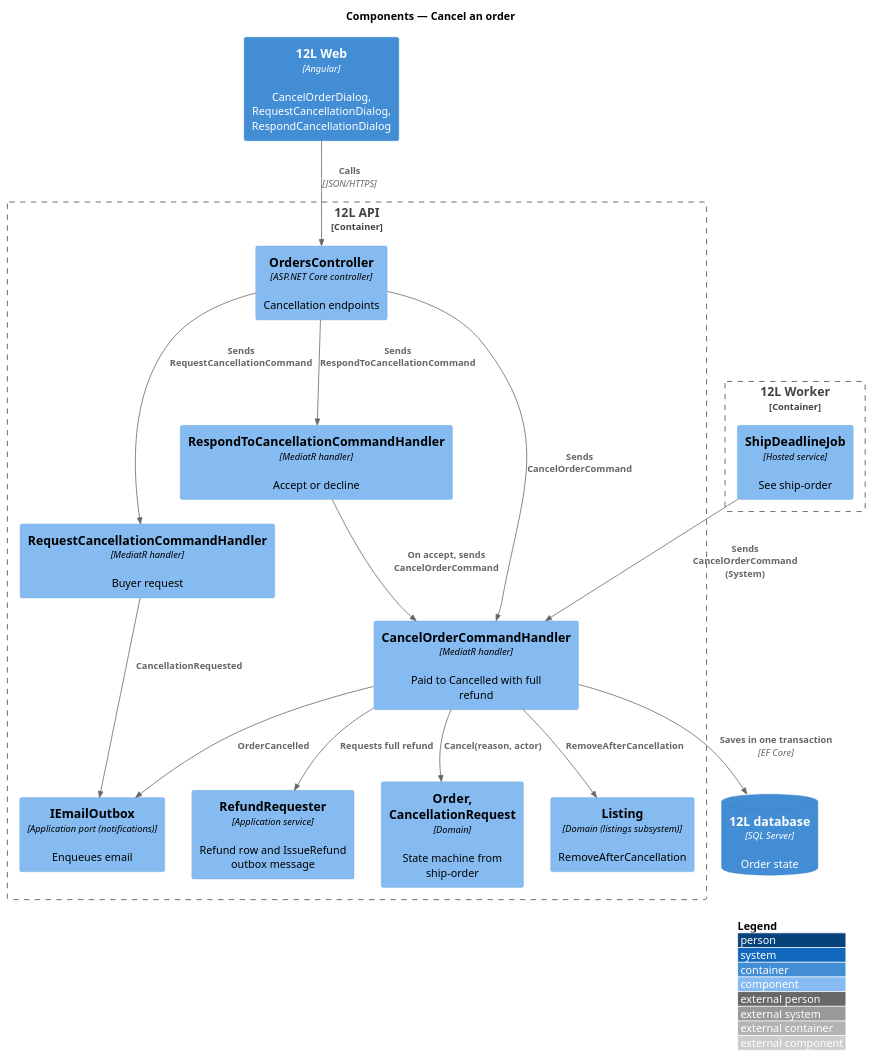
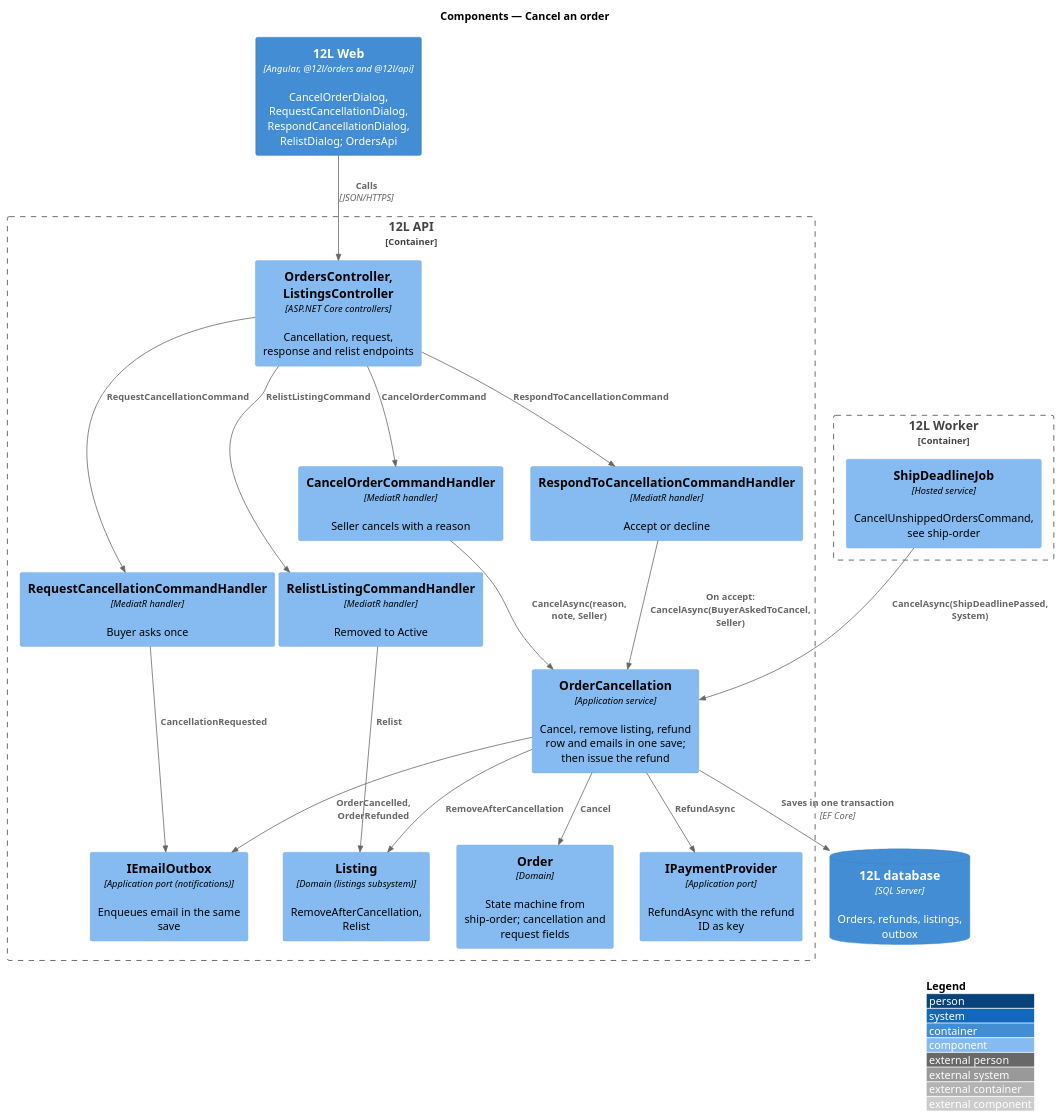
One commit to QuinntyneBrown/12l changed the diagram in docs/detailed-designs/orders/cancel-order/diagrams/c4-component.puml. Above: the diagram before and after it, drawn with PlantUML. The commit also changed 85 other files, not shown here.

Commit message:
Document cancel-order: design, ADR orders/0006, design system, composition, mocks, L2-035, estimates

```diff
--- a/docs/detailed-designs/orders/cancel-order/diagrams/c4-component.puml
+++ b/docs/detailed-designs/orders/cancel-order/diagrams/c4-component.puml
@@ -1,33 +1,38 @@
 @startuml
 !include <C4/C4_Component>
 LAYOUT_WITH_LEGEND()
 title Components — Cancel an order
 
-Container(web, "12L Web", "Angular", "CancelOrderDialog, RequestCancellationDialog, RespondCancellationDialog")
+Container(web, "12L Web", "Angular, @12l/orders and @12l/api", "CancelOrderDialog, RequestCancellationDialog, RespondCancellationDialog, RelistDialog; OrdersApi")
 Container_Boundary(api, "12L API") {
-  Component(ctrl, "OrdersController", "ASP.NET Core controller", "Cancellation endpoints")
-  Component(cancel, "CancelOrderCommandHandler", "MediatR handler", "Paid to Cancelled with full refund")
-  Component(req, "RequestCancellationCommandHandler", "MediatR handler", "Buyer request")
+  Component(ctrl, "OrdersController, ListingsController", "ASP.NET Core controllers", "Cancellation, request, response and relist endpoints")
+  Component(cancel, "CancelOrderCommandHandler", "MediatR handler", "Seller cancels with a reason")
+  Component(req, "RequestCancellationCommandHandler", "MediatR handler", "Buyer asks once")
   Component(resp, "RespondToCancellationCommandHandler", "MediatR handler", "Accept or decline")
-  Component(order, "Order, CancellationRequest", "Domain", "State machine from ship-order")
-  Component(listing, "Listing", "Domain (listings subsystem)", "RemoveAfterCancellation")
-  Component(refund, "RefundRequester", "Application service", "Refund row and IssueRefund outbox message")
-  Component(notify, "IEmailOutbox", "Application port (notifications)", "Enqueues email")
+  Component(relist, "RelistListingCommandHandler", "MediatR handler", "Removed to Active")
+  Component(path, "OrderCancellation", "Application service", "Cancel, remove listing, refund row and emails in one save; then issue the refund")
+  Component(order, "Order", "Domain", "State machine from ship-order; cancellation and request fields")
+  Component(listing, "Listing", "Domain (listings subsystem)", "RemoveAfterCancellation, Relist")
+  Component(notify, "IEmailOutbox", "Application port (notifications)", "Enqueues email in the same save")
+  Component(pay, "IPaymentProvider", "Application port", "RefundAsync with the refund ID as key")
 }
 Container_Boundary(worker, "12L Worker") {
-  Component(dl, "ShipDeadlineJob", "Hosted service", "See ship-order")
+  Component(dl, "ShipDeadlineJob", "Hosted service", "CancelUnshippedOrdersCommand, see ship-order")
 }
-ContainerDb(db, "12L database", "SQL Server", "Order state")
+ContainerDb(db, "12L database", "SQL Server", "Orders, refunds, listings, outbox")
 Rel(web, ctrl, "Calls", "JSON/HTTPS")
-Rel(ctrl, cancel, "Sends CancelOrderCommand")
-Rel(ctrl, req, "Sends RequestCancellationCommand")
-Rel(ctrl, resp, "Sends RespondToCancellationCommand")
-Rel(resp, cancel, "On accept, sends CancelOrderCommand")
-Rel(dl, cancel, "Sends CancelOrderCommand (System)")
-Rel(cancel, order, "Cancel(reason, actor)")
-Rel(cancel, listing, "RemoveAfterCancellation")
-Rel(cancel, refund, "Requests full refund")
-Rel(cancel, notify, "OrderCancelled")
+Rel(ctrl, cancel, "CancelOrderCommand")
+Rel(ctrl, req, "RequestCancellationCommand")
+Rel(ctrl, resp, "RespondToCancellationCommand")
+Rel(ctrl, relist, "RelistListingCommand")
+Rel(cancel, path, "CancelAsync(reason, note, Seller)")
+Rel(resp, path, "On accept: CancelAsync(BuyerAskedToCancel, Seller)")
+Rel(dl, path, "CancelAsync(ShipDeadlinePassed, System)")
+Rel(path, order, "Cancel")
+Rel(path, listing, "RemoveAfterCancellation")
+Rel(path, notify, "OrderCancelled, OrderRefunded")
+Rel(path, pay, "RefundAsync")
 Rel(req, notify, "CancellationRequested")
-Rel(cancel, db, "Saves in one transaction", "EF Core")
+Rel(relist, listing, "Relist")
+Rel(path, db, "Saves in one transaction", "EF Core")
 @enduml
```
